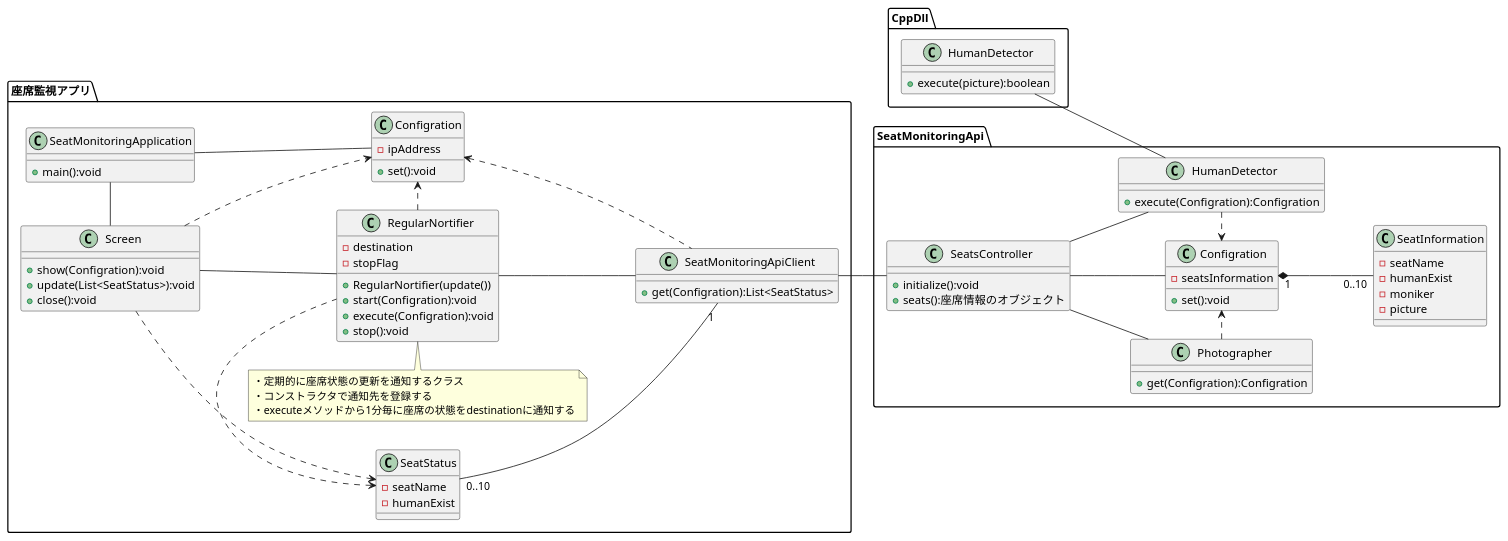
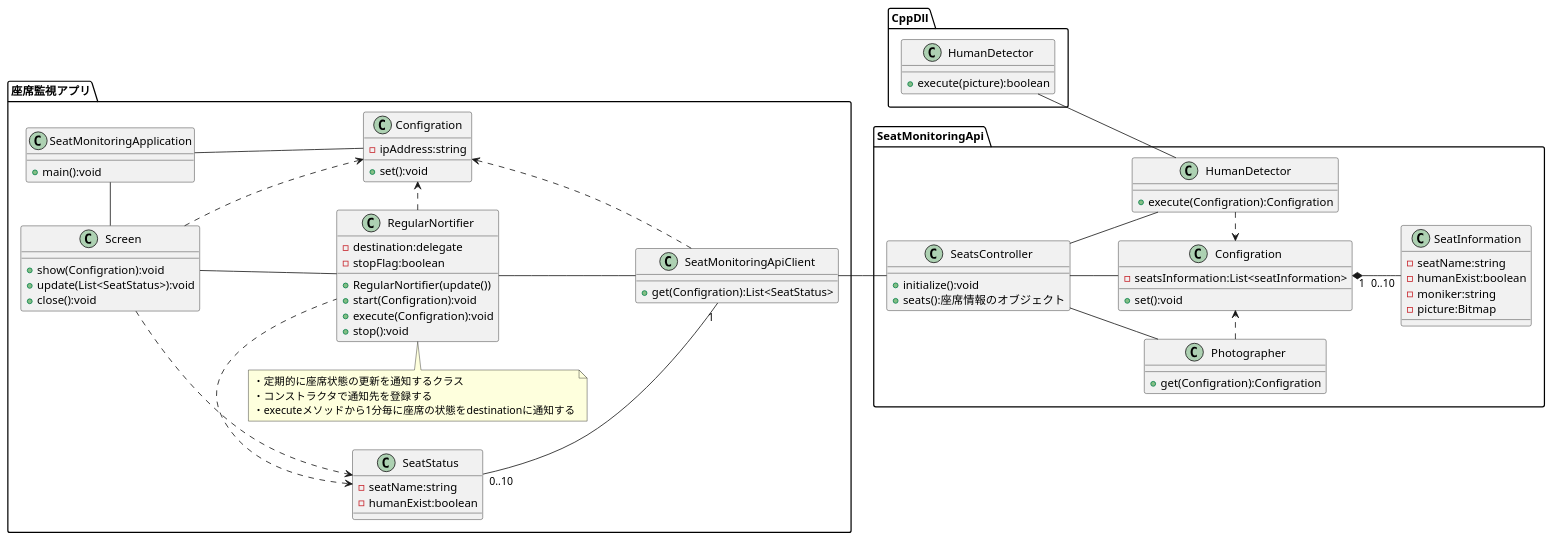
The diagram in doc/詳細設計/構成図(.pu)/クラス図.pu (KeisukeSugita/Seat-monitoring-system), drawn with PlantUML before and after one commit.

Commit message:
メンバの型を記載

```diff
--- a/doc/詳細設計/構成図(.pu)/クラス図.pu
+++ b/doc/詳細設計/構成図(.pu)/クラス図.pu
@@ -1,96 +1,96 @@
 @startuml クラス図
 left to right direction
 
 package 座席監視アプリ {
     class "SeatMonitoringApplication" as SeatMonitoringApplication {
         + main():void
     }
 
     class "Configration" as ClientConfigration {
-		- ipAddress
+		- ipAddress:string
         + set():void
     }
 
 	class "Screen" as Screen {
         + show(Configration):void
         + update(List<SeatStatus>):void
 		+ close():void
     }
 
     class "SeatMonitoringApiClient" as SeatMonitoringApiClient {
         + get(Configration):List<SeatStatus>
     }
 
     class "RegularNortifier" as RegularNortifier {
-        - destination
-        - stopFlag
+        - destination:delegate
+        - stopFlag:boolean
         + RegularNortifier(update())
         + start(Configration):void
         + execute(Configration):void
         + stop():void
     }
         note top of RegularNortifier
             ・定期的に座席状態の更新を通知するクラス
             ・コンストラクタで通知先を登録する
             ・executeメソッドから1分毎に座席の状態をdestinationに通知する
         end note
 
     class "SeatStatus" as SeatStatus {
-        - seatName
-        - humanExist
+        - seatName:string
+        - humanExist:boolean
     }
 }
 
 package SeatMonitoringApi {
     class "SeatsController" as SeatsController {
         + initialize():void
         + seats():座席情報のオブジェクト
     }
     
     class "Configration" as ServerConfigration {
-        - seatsInformation
+        - seatsInformation:List<seatInformation>
         + set():void
     }
 
     class "Photographer" as Photographer {
         + get(Configration):Configration
     }
     
     class "SeatInformation" as SeatInformation {
-        - seatName
-        - humanExist
-        - moniker
-        - picture
+        - seatName:string
+        - humanExist:boolean
+        - moniker:string
+        - picture:Bitmap
     }
     
     class "HumanDetector" as CsHumanDetector {
         + execute(Configration):Configration
     }
 }
 
 package CppDll {
     class "HumanDetector" as CppHumanDetector {
         + execute(picture):boolean
     }
 }
 
 SeatMonitoringApplication -- ClientConfigration
 SeatMonitoringApplication -left- Screen
 Screen -down- RegularNortifier
 RegularNortifier -down- SeatMonitoringApiClient
 RegularNortifier .> ClientConfigration
 RegularNortifier .left.> SeatStatus
 Screen .> SeatStatus
 Screen .> ClientConfigration
 SeatMonitoringApiClient .left.> ClientConfigration
 SeatMonitoringApiClient "1"-left-"0..10" SeatStatus
 SeatMonitoringApiClient -- SeatsController
 ServerConfigration "1"*-down-"0..10" SeatInformation
 SeatsController -- ServerConfigration
 SeatsController -- Photographer
 SeatsController -- CsHumanDetector
 CppHumanDetector -- CsHumanDetector
 Photographer .> ServerConfigration
 CsHumanDetector .> ServerConfigration
 
 @enduml
```
